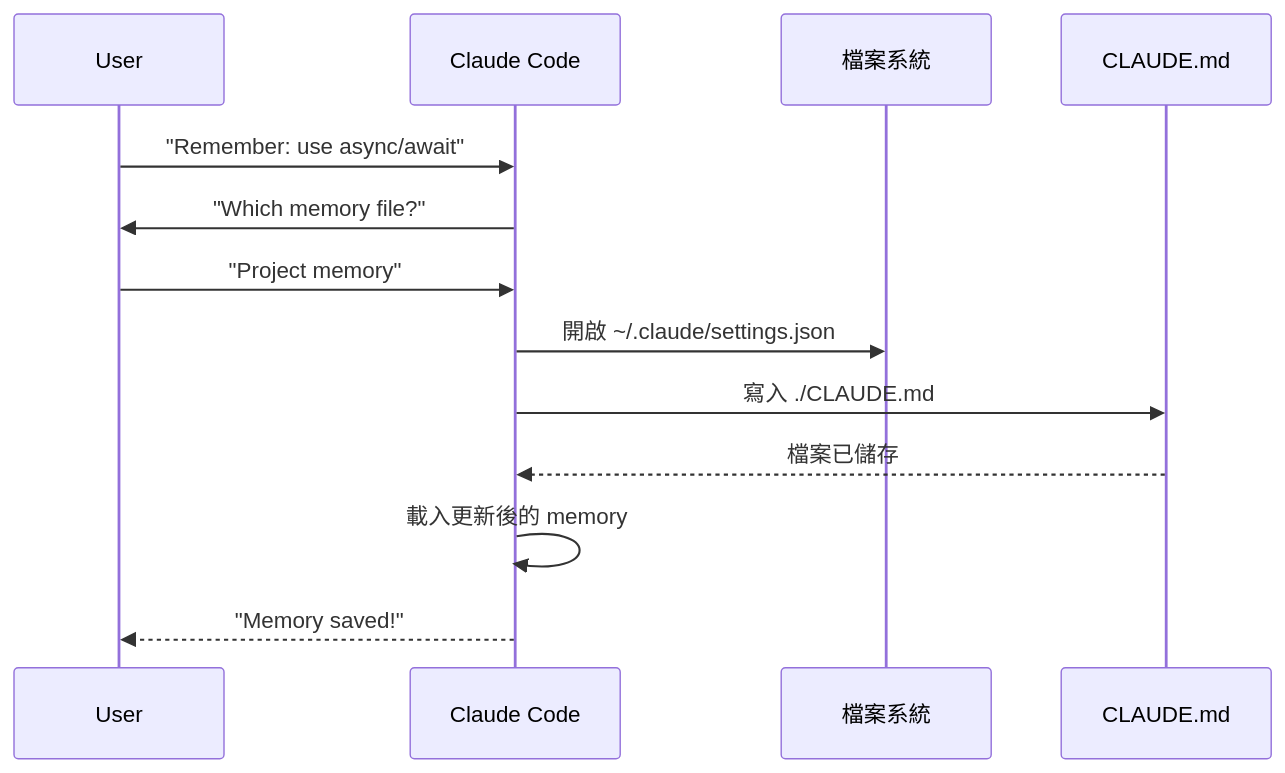
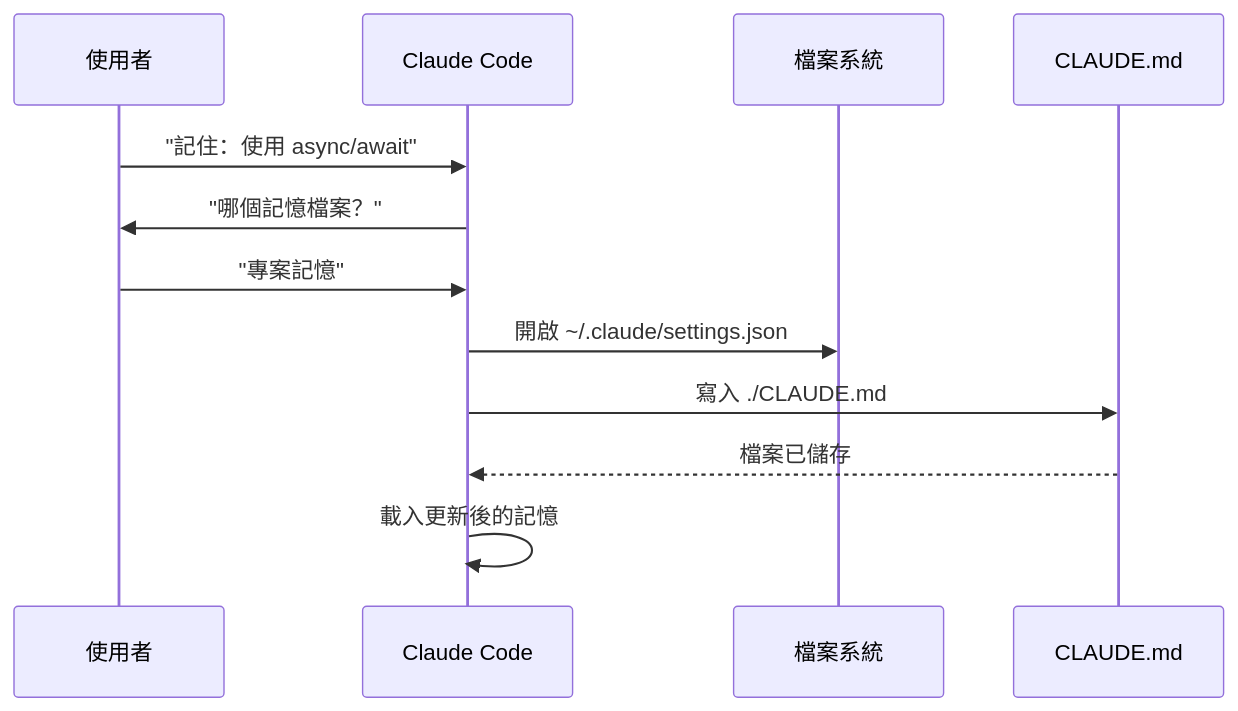
One commit to huckly/claude-howto-zh-tw changed the tenth of 22 diagrams in claude_concepts_guide.md. Above: the diagram before and after it, drawn with Mermaid. The commit also changed other lines of this file and 6 other files, not shown here.

````diff
--- a/claude_concepts_guide.md
+++ b/claude_concepts_guide.md
@@ -611,16 +601,15 @@
 ```mermaid
 sequenceDiagram
-    participant User
+    participant 使用者
     participant Claude as Claude Code
     participant Editor as 檔案系統
     participant Memory as CLAUDE.md
 
-    User->>Claude: "Remember: use async/await"
-    Claude->>User: "Which memory file?"
-    User->>Claude: "Project memory"
+    使用者->>Claude: "記住：使用 async/await"
+    Claude->>使用者: "哪個記憶檔案？"
+    使用者->>Claude: "專案記憶"
     Claude->>Editor: 開啟 ~/.claude/settings.json
     Claude->>Memory: 寫入 ./CLAUDE.md
     Memory-->>Claude: 檔案已儲存
-    Claude->>Claude: 載入更新後的 memory
-    Claude-->>User: "Memory saved!"
+    Claude->>Claude: 載入更新後的記憶
 ```
````
